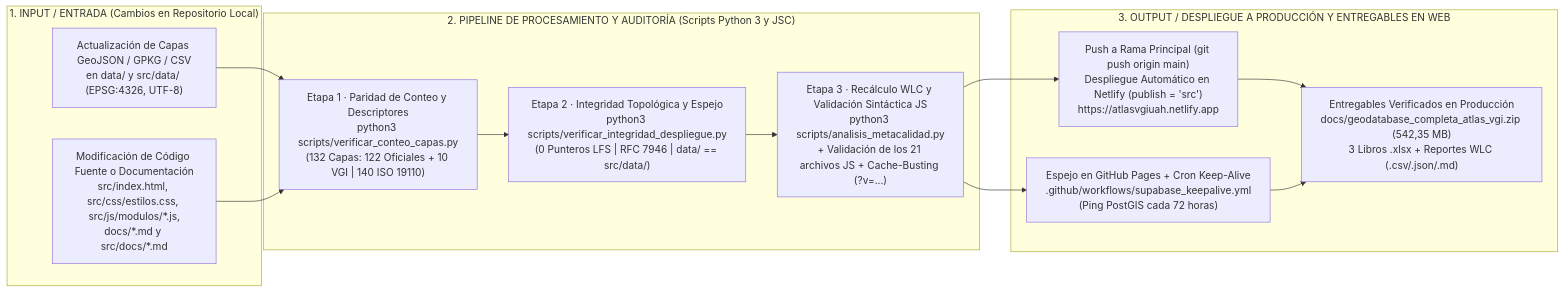
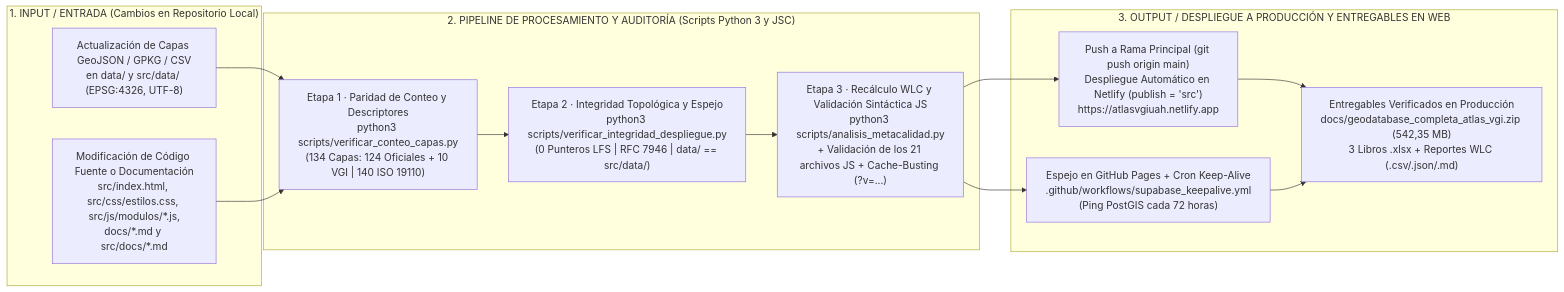
The first of 2 diagrams in src/docs/PROTOCOL_INTEGRIDAD_Y_DESPLIEGUE.md (GEOJOTA/atlas_vgi_territorial), drawn with Mermaid before and after one commit. The commit also changed other lines of this file and 44 other files, not shown here.

Commit message:
docs: actualizar conteo universal a 134 capas cartograficas (124 oficiales + 10 VGI)

````diff
--- a/src/docs/PROTOCOL_INTEGRIDAD_Y_DESPLIEGUE.md
+++ b/src/docs/PROTOCOL_INTEGRIDAD_Y_DESPLIEGUE.md
@@ -19,22 +19,22 @@
 ```mermaid
 flowchart LR
     subgraph IN["1. INPUT / ENTRADA (Cambios en Repositorio Local)"]
         E1["Actualización de Capas GeoJSON / GPKG / CSV<br/>en data/ y src/data/ (EPSG:4326, UTF-8)"]
         E2["Modificación de Código Fuente o Documentación<br/>src/index.html, src/css/estilos.css, src/js/modulos/*.js,<br/>docs/*.md y src/docs/*.md"]
     end
 
     subgraph PROC["2. PIPELINE DE PROCESAMIENTO Y AUDITORÍA (Scripts Python 3 y JSC)"]
-        V1["Etapa 1 · Paridad de Conteo y Descriptores<br/>python3 scripts/verificar_conteo_capas.py<br/>(132 Capas: 122 Oficiales + 10 VGI | 140 ISO 19110)"]
+        V1["Etapa 1 · Paridad de Conteo y Descriptores<br/>python3 scripts/verificar_conteo_capas.py<br/>(134 Capas: 124 Oficiales + 10 VGI | 140 ISO 19110)"]
         V2["Etapa 2 · Integridad Topológica y Espejo<br/>python3 scripts/verificar_integridad_despliegue.py<br/>(0 Punteros LFS | RFC 7946 | data/ == src/data/)"]
         V3["Etapa 3 · Recálculo WLC y Validación Sintáctica JS<br/>python3 scripts/analisis_metacalidad.py<br/>+ Validación de los 21 archivos JS + Cache-Busting (?v=...)"]
     end
 
     subgraph OUT["3. OUTPUT / DESPLIEGUE A PRODUCCIÓN Y ENTREGABLES EN WEB"]
         D1["Push a Rama Principal (git push origin main)<br/>Despliegue Automático en Netlify (publish = 'src')<br/>https://atlasvgiuah.netlify.app"]
         D2["Espejo en GitHub Pages + Cron Keep-Alive<br/>.github/workflows/supabase_keepalive.yml<br/>(Ping PostGIS cada 72 horas)"]
         D3["Entregables Verificados en Producción<br/>docs/geodatabase_completa_atlas_vgi.zip (542,35 MB)<br/>3 Libros .xlsx + Reportes WLC (.csv/.json/.md)"]
     end
 
     E1 & E2 --> V1 --> V2 --> V3
     V3 --> D1 & D2 --> D3
 ```
````
